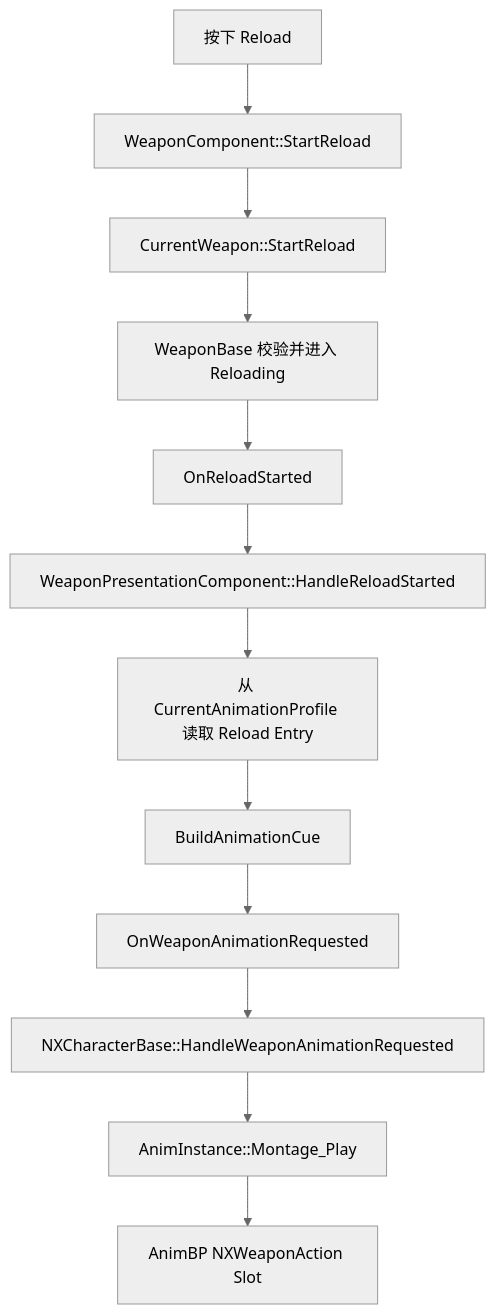
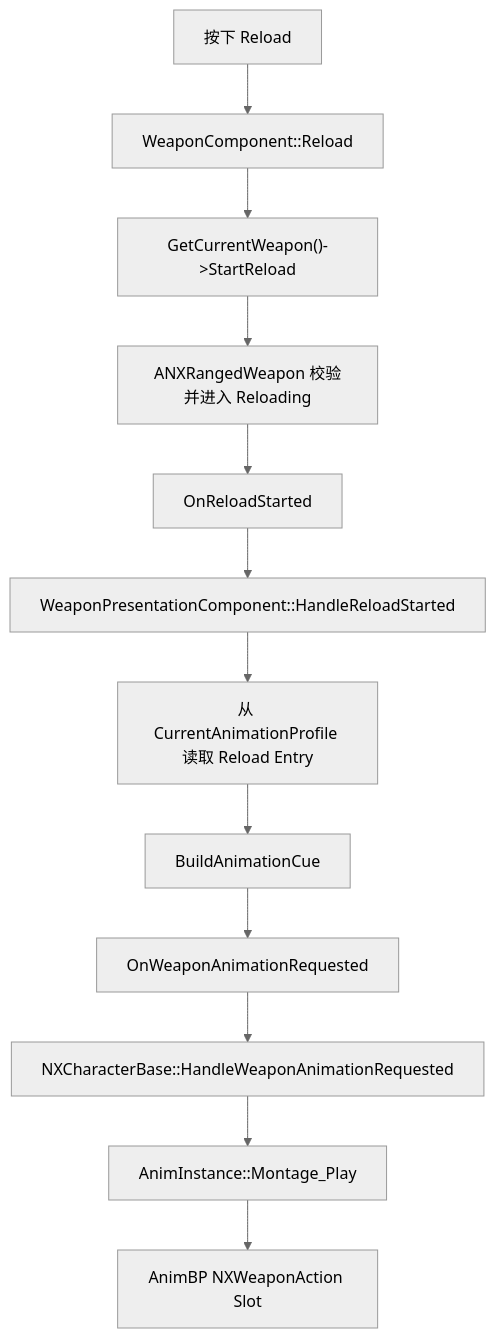
One commit to ARKS23/GASPALS changed the second of 2 diagrams in Docs/system/weapon_animation_data_flow.md. Above: the diagram before and after it, drawn with Mermaid (neutral theme). The commit also changed other lines of this file and 8 other files, not shown here.

````diff
--- a/Docs/system/weapon_animation_data_flow.md
+++ b/Docs/system/weapon_animation_data_flow.md
@@ -127,14 +129,14 @@
 ```mermaid
 flowchart TD
-    A["按下 Reload"] --> B["WeaponComponent::StartReload"]
-    B --> C["CurrentWeapon::StartReload"]
-    C --> D["WeaponBase 校验并进入 Reloading"]
+    A["按下 Reload"] --> B["WeaponComponent::Reload"]
+    B --> C["GetCurrentWeapon()->StartReload"]
+    C --> D["ANXRangedWeapon 校验并进入 Reloading"]
     D --> E["OnReloadStarted"]
     E --> F["WeaponPresentationComponent::HandleReloadStarted"]
     F --> G["从 CurrentAnimationProfile 读取 Reload Entry"]
     G --> H["BuildAnimationCue"]
     H --> I["OnWeaponAnimationRequested"]
     I --> J["NXCharacterBase::HandleWeaponAnimationRequested"]
     J --> K["AnimInstance::Montage_Play"]
     K --> L["AnimBP NXWeaponAction Slot"]
 ```
````
